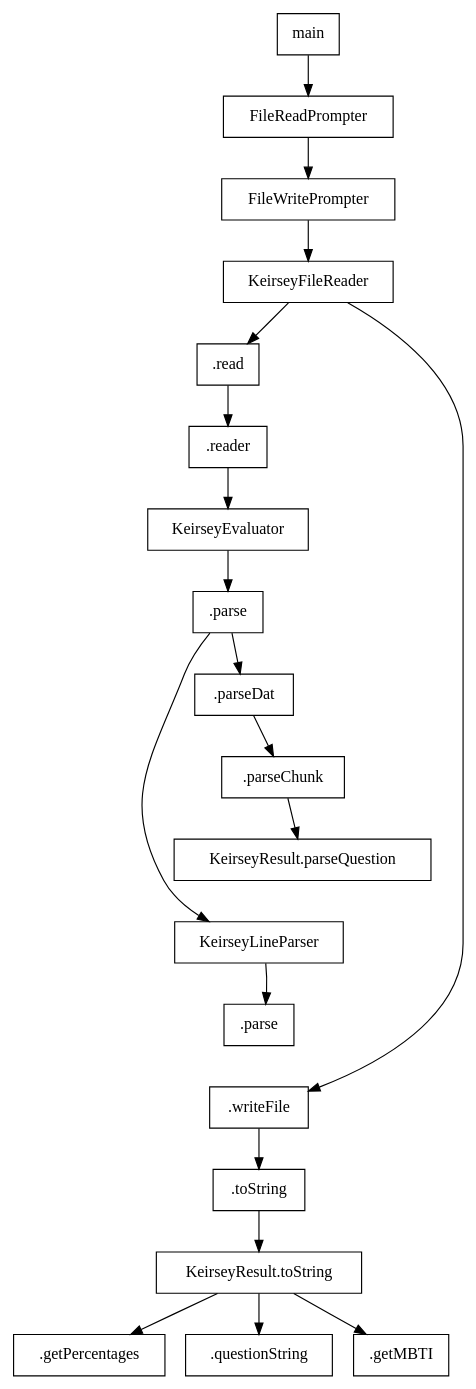
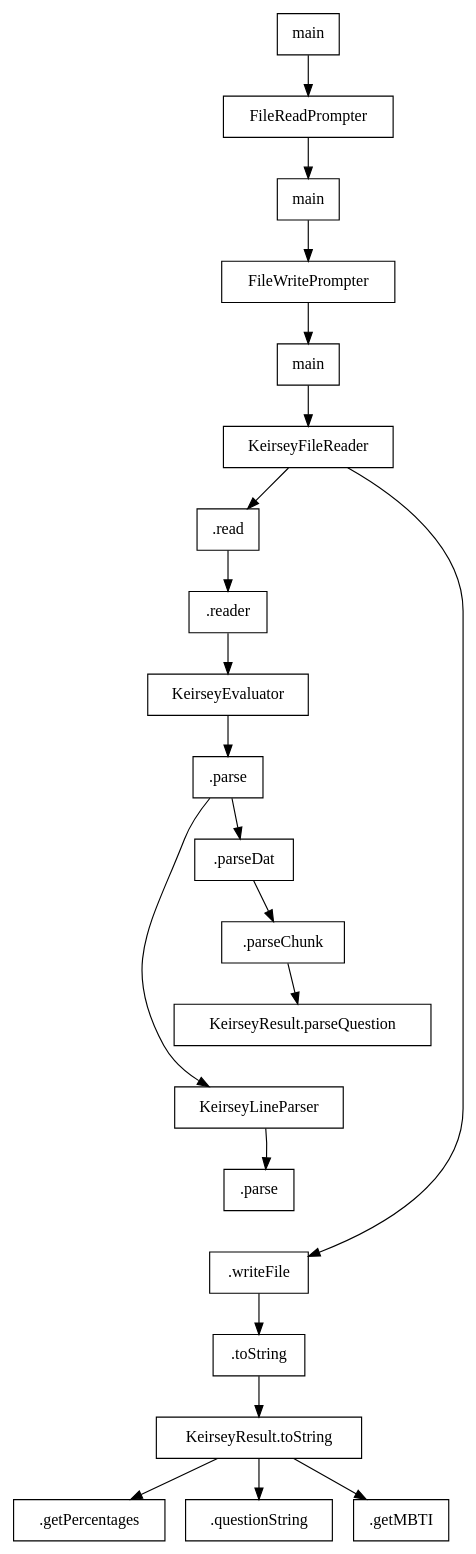
The diagram in pa1/flow-diagram.dot (9999years/cosi12b), drawn with Graphviz before and after one commit.

Commit message:
back to main

```diff
--- a/pa1/flow-diagram.dot
+++ b/pa1/flow-diagram.dot
@@ -1,38 +1,40 @@
 digraph {
 	// method nodes, which start with dots, refer to methods of the
 	// previous class node in the heirarchy
 	// e.g. in Foo -> .bar -> .baz -> .bow -> Apple -> .ball
 	// .bow refers to Foo.bow and .ball refers to Apple.ball
 	node [shape=box];
 
 	main
 	-> FileReadPrompter
+	-> { main2 [label="main"] }
 	-> FileWritePrompter
+	-> { main3 [label="main"] }
 	-> KeirseyFileReader
 	-> ".read";
 
 	".read" -> ".writeFile" [style=invis];
 
 	"KeirseyResult.parseQuestion"
 	-> KeirseyLineParser
 	-> KLPparse
 	-> ".writeFile" [style=invis];
 
 	".read"
 	-> ".reader"
 	-> KeirseyEvaluator
 	-> { KEparse [label=".parse"] }
 	-> ".parseDat"
 	-> ".parseChunk"
 	-> "KeirseyResult.parseQuestion";
 	KEparse
 	-> KeirseyLineParser
 	-> { KLPparse [label=".parse"] };
 	KeirseyFileReader
 	-> ".writeFile"
 	-> ".toString"
 	-> { KRtoString [label="KeirseyResult.toString"] };
 	KRtoString -> ".getPercentages";
 	KRtoString -> ".questionString";
 	KRtoString -> ".getMBTI";
 }
```
